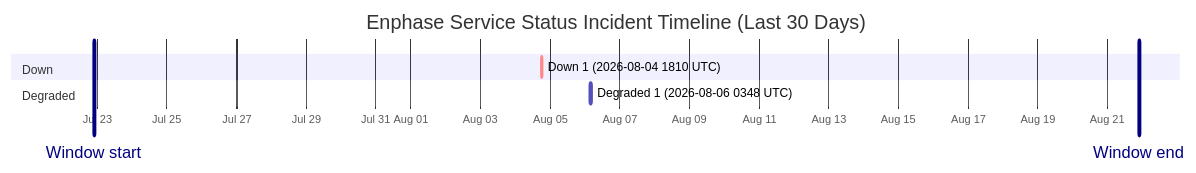
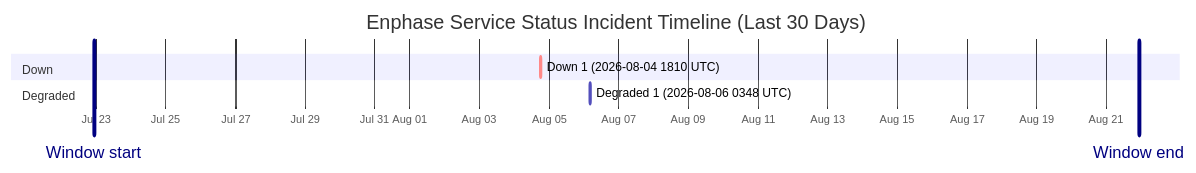
One commit to barneyonline/ha-enphase-energy changed the diagram in wiki/Service-Status-History.md. Above: the diagram before and after it, drawn with Mermaid. The commit also changed other lines of this file and 3 other files, not shown here.

````diff
--- a/wiki/Service-Status-History.md
+++ b/wiki/Service-Status-History.md
@@ -14,12 +14,12 @@
 ```mermaid
 gantt
     title Enphase Service Status Incident Timeline (Last 30 Days)
     dateFormat  YYYY-MM-DDTHH:mm:ss
     axisFormat  %b %d
-    Window start :vert, window-start, 2026-07-22T21:48:24, 0ms
-    Window end :vert, window-end, 2026-08-21T21:48:24, 0ms
+    Window start :vert, window-start, 2026-07-22T22:21:49, 0ms
+    Window end :vert, window-end, 2026-08-21T22:21:49, 0ms
     section Down
     Down 1 (2026-08-04 1810 UTC) :crit, down-1, 2026-08-04T18:10:46, 60m
     section Degraded
     Degraded 1 (2026-08-06 0348 UTC) :active, degraded-1, 2026-08-06T03:48:14, 60m
 ```
````
